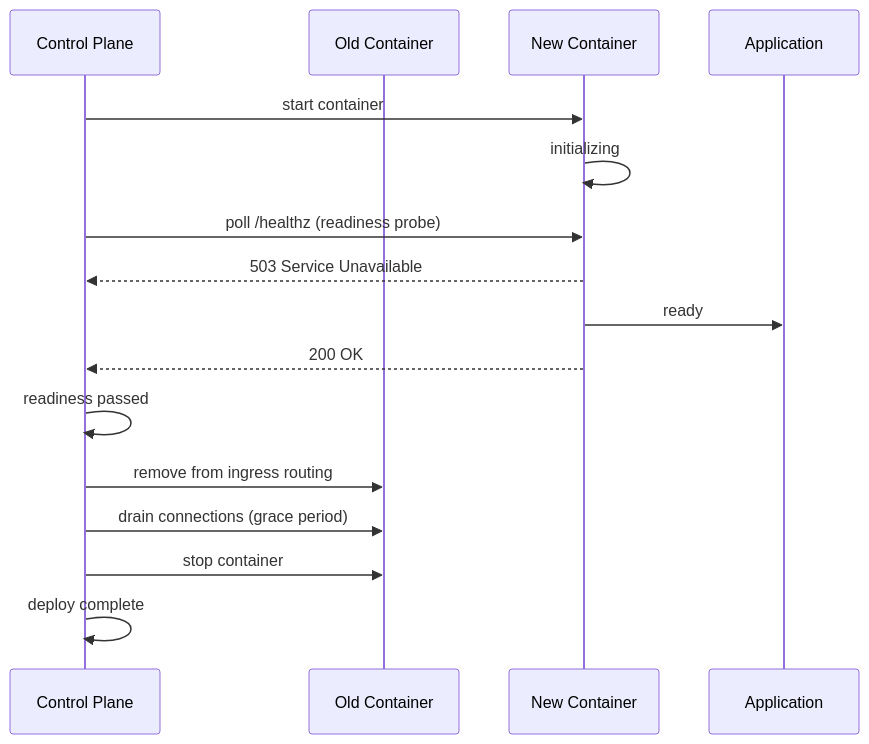
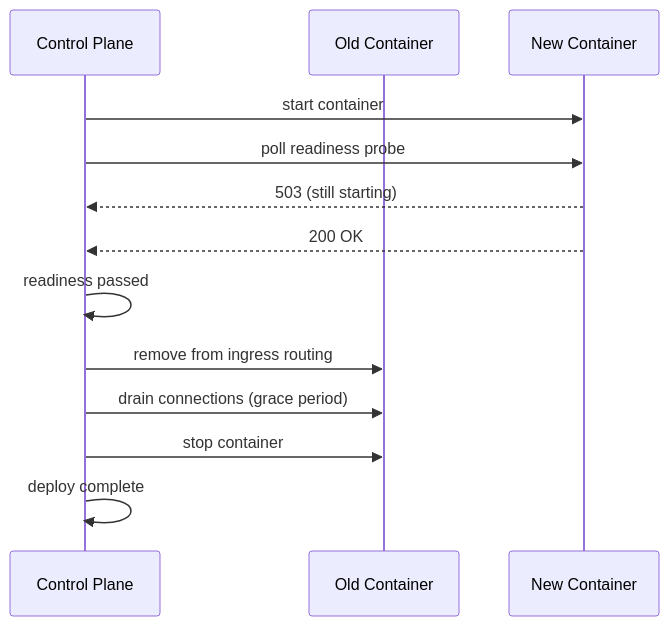
One commit to glincker/levelrail changed the diagram in docs/deploying-apps.md. Above: the diagram before and after it, drawn with Mermaid. The commit also changed other lines of this file and 11 other files, not shown here.

````diff
--- a/docs/deploying-apps.md
+++ b/docs/deploying-apps.md
@@ -57,19 +145,16 @@
 ```mermaid
 sequenceDiagram
     participant Control Plane
     participant Old Container
     participant New Container
-    participant Application
-    
+
     Control Plane->>New Container: start container
-    New Container->>New Container: initializing
-    Control Plane->>New Container: poll /healthz (readiness probe)
-    New Container-->>Control Plane: 503 Service Unavailable
-    New Container->>Application: ready
+    Control Plane->>New Container: poll readiness probe
+    New Container-->>Control Plane: 503 (still starting)
     New Container-->>Control Plane: 200 OK
     Control Plane->>Control Plane: readiness passed
     Control Plane->>Old Container: remove from ingress routing
     Control Plane->>Old Container: drain connections (grace period)
     Control Plane->>Old Container: stop container
     Control Plane->>Control Plane: deploy complete
 ```
````
